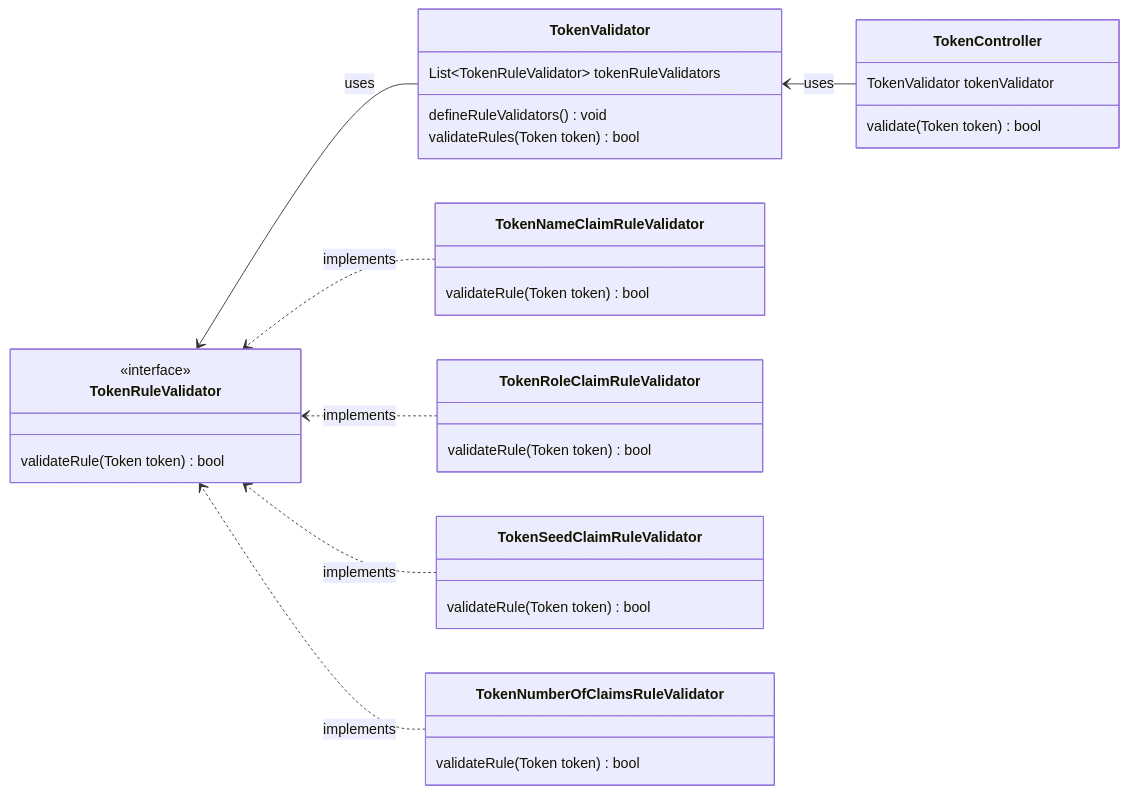
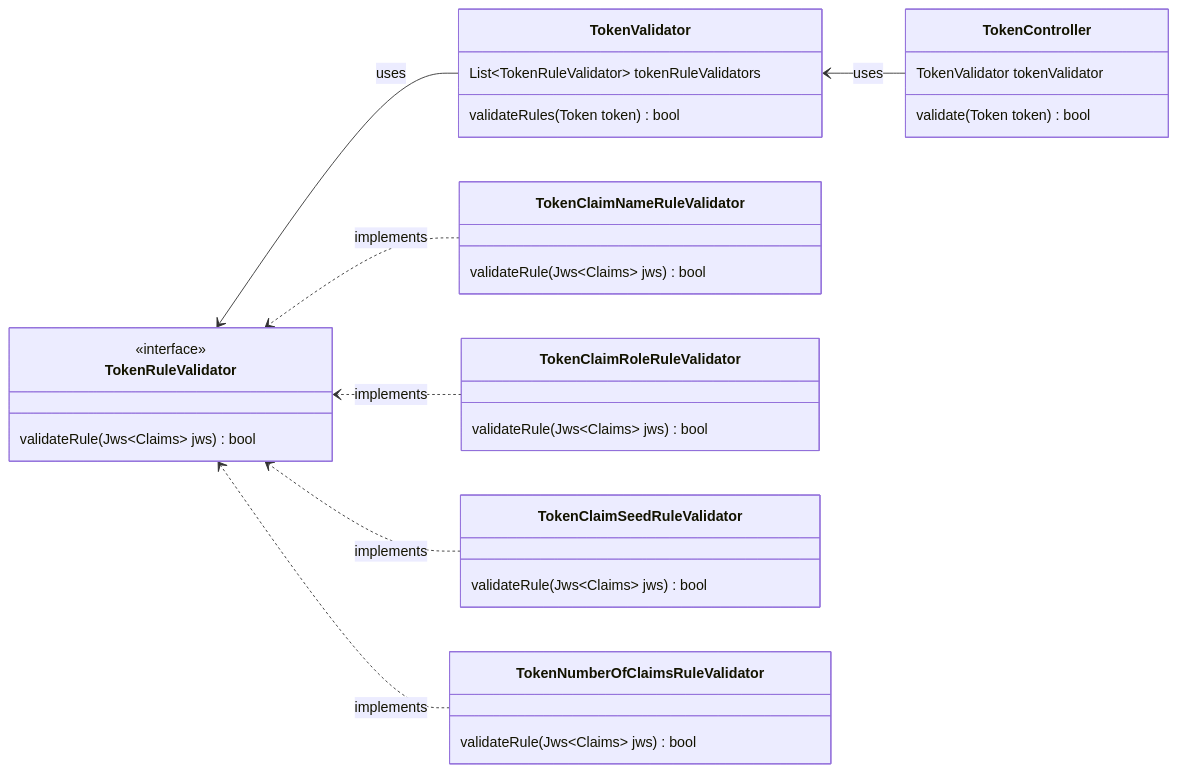
One commit to luikyv/backend-challenge changed the diagram in README.md. Above: the diagram before and after it, drawn with Mermaid. The commit also changed other lines of this file and 2 other files, not shown here.

````diff
--- a/README.md
+++ b/README.md
@@ -4,38 +18,36 @@
 ```mermaid
 classDiagram
     direction RL
     TokenController --> TokenValidator: uses
     TokenValidator --> TokenRuleValidator: uses
     
-    TokenNameClaimRuleValidator ..> TokenRuleValidator: implements
-    TokenRoleClaimRuleValidator ..> TokenRuleValidator: implements
-    TokenSeedClaimRuleValidator ..> TokenRuleValidator: implements
+    TokenClaimNameRuleValidator ..> TokenRuleValidator: implements
+    TokenClaimRoleRuleValidator ..> TokenRuleValidator: implements
+    TokenClaimSeedRuleValidator ..> TokenRuleValidator: implements
     TokenNumberOfClaimsRuleValidator ..> TokenRuleValidator: implements
-    
     
     class TokenController {
         TokenValidator tokenValidator
         validate(Token token) bool
     }
     class TokenValidator {
         List~TokenRuleValidator~ tokenRuleValidators
-        defineRuleValidators() void
         validateRules(Token token) bool
     }
     class TokenRuleValidator {
         <<interface>>
-        validateRule(Token token) bool
+        validateRule(Jws~Claims~ jws) bool
     }
     class TokenNumberOfClaimsRuleValidator {
-        validateRule(Token token) bool
+        validateRule(Jws~Claims~ jws) bool
     }
-    class TokenNameClaimRuleValidator {
-        validateRule(Token token) bool
+    class TokenClaimNameRuleValidator {
+        validateRule(Jws~Claims~ jws) bool
     }
-    class TokenRoleClaimRuleValidator {
-        validateRule(Token token) bool
+    class TokenClaimRoleRuleValidator {
+        validateRule(Jws~Claims~ jws) bool
     }
-    class TokenSeedClaimRuleValidator {
-        validateRule(Token token) bool
+    class TokenClaimSeedRuleValidator {
+        validateRule(Jws~Claims~ jws) bool
     }
 ```
````
